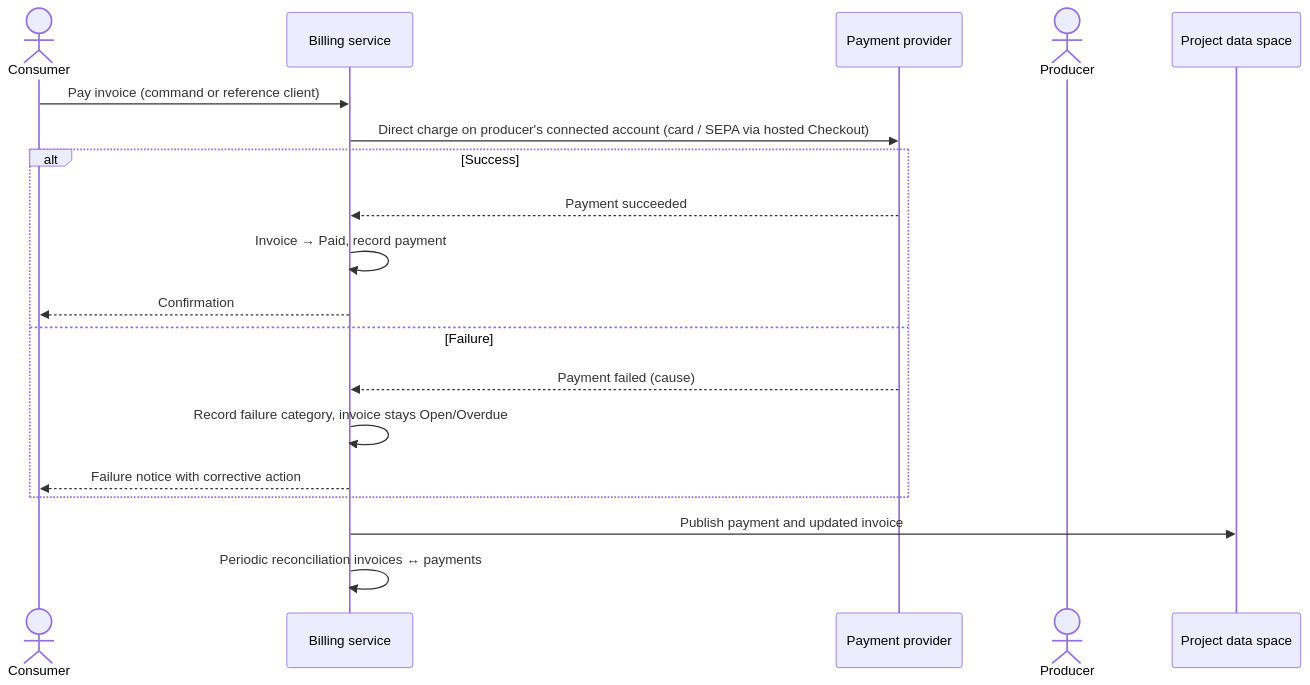
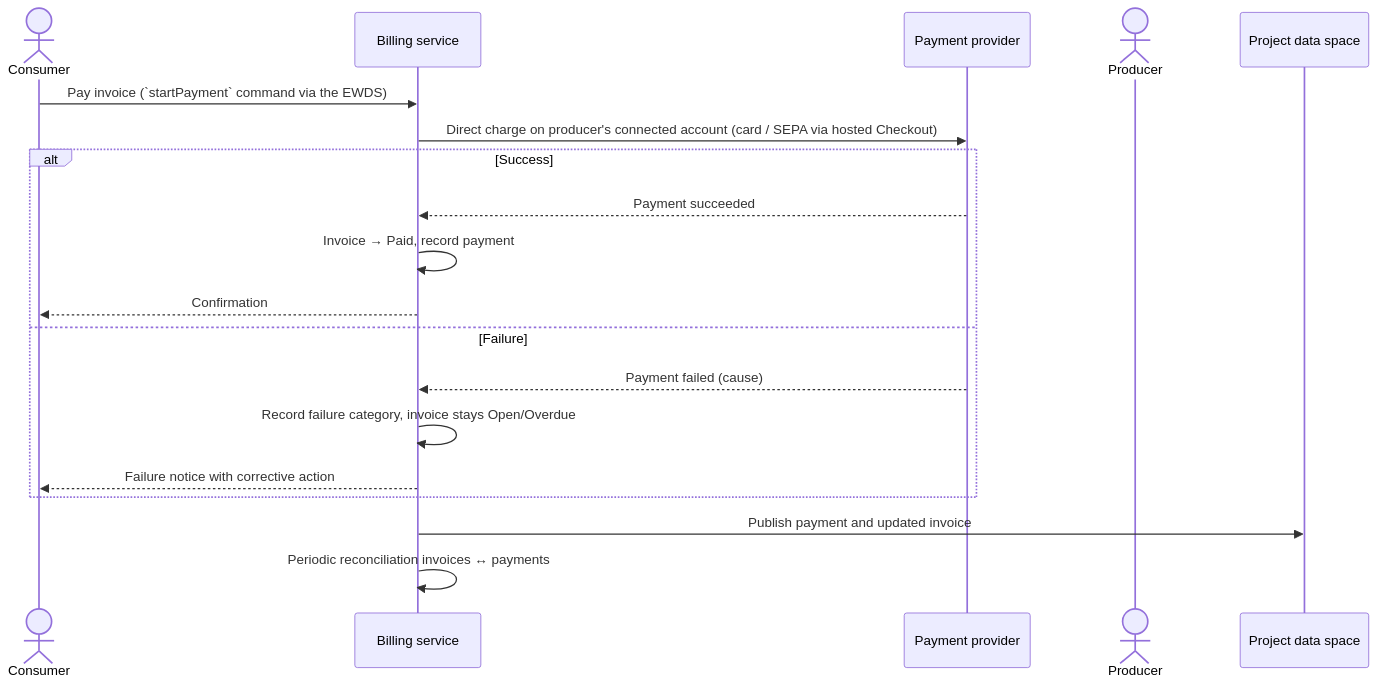
The sixth of 8 diagrams in docs/architecture/01-functional-architecture.md (blooo-io/intelligent-eu-bps-source), drawn with Mermaid before and after one commit. The commit also changed other lines of this file and 61 other files, not shown here.

````diff
--- a/docs/architecture/01-functional-architecture.md
+++ b/docs/architecture/01-functional-architecture.md
@@ -237,21 +235,21 @@
 ```mermaid
 sequenceDiagram
   actor C as Consumer
   participant B as Billing service
   participant PSP as Payment provider
   actor P as Producer
   participant DS as Project data space
-  C->>B: Pay invoice (command or reference client)
+  C->>B: Pay invoice (`startPayment` command via the EWDS)
   B->>PSP: Direct charge on producer's connected account (card / SEPA via hosted Checkout)
   alt Success
     PSP-->>B: Payment succeeded
     B->>B: Invoice → Paid, record payment
     B-->>C: Confirmation
   else Failure
     PSP-->>B: Payment failed (cause)
     B->>B: Record failure category, invoice stays Open/Overdue
     B-->>C: Failure notice with corrective action
   end
   B->>DS: Publish payment and updated invoice
   B->>B: Periodic reconciliation invoices ↔ payments
 ```
````
